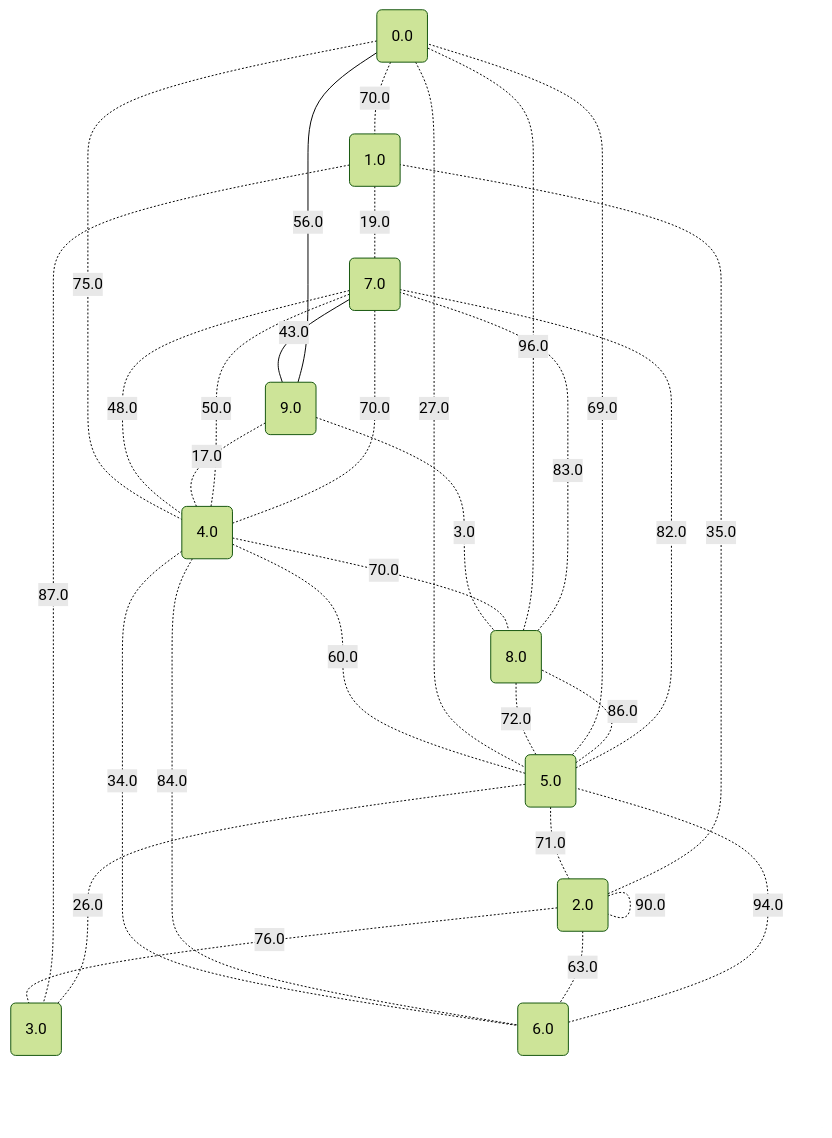
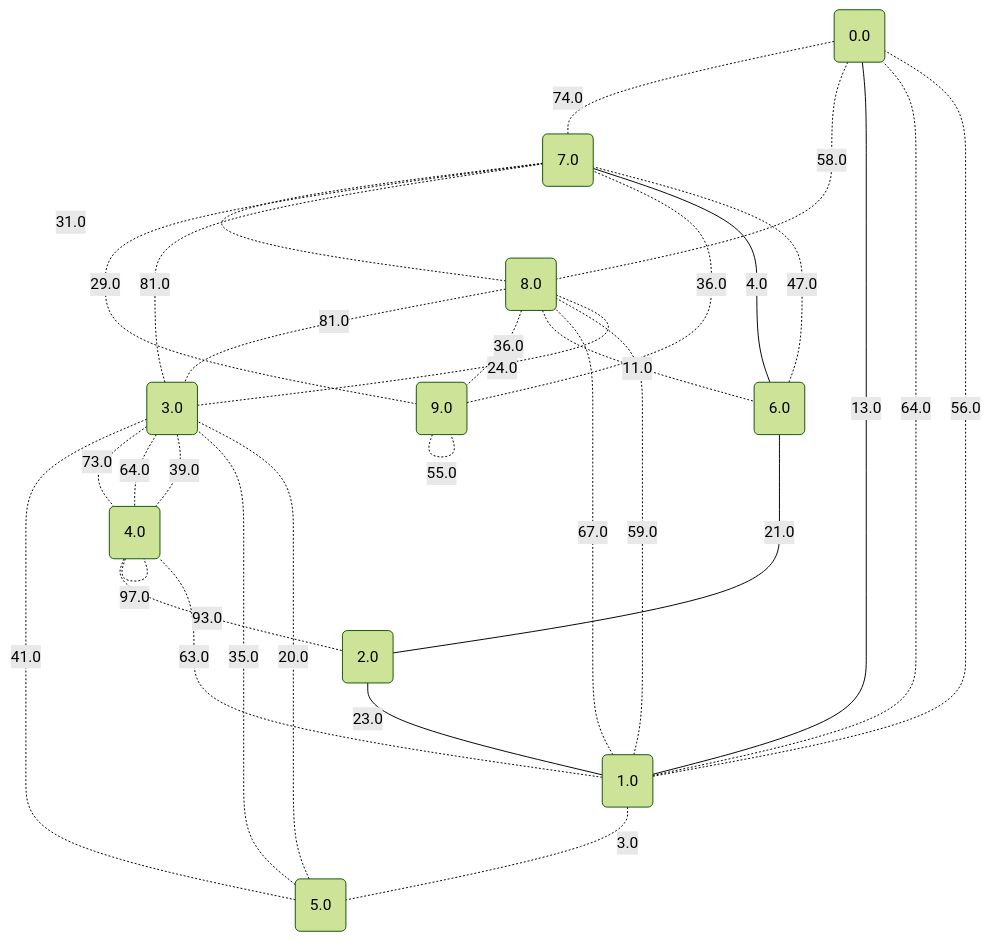
One commit to metury/graphs changed the ninth of 11 diagrams in project/src/testing/showcase/dijkstra.md. Above: the diagram before and after it, drawn with Mermaid (forest theme). The commit also changed other lines of this file and 33 other files, not shown here.

````diff
--- a/project/src/testing/showcase/dijkstra.md
+++ b/project/src/testing/showcase/dijkstra.md
@@ -375,43 +375,43 @@
 ```mermaid
 graph TD;
 	0("0.0");
 	1("1.0");
 	2("2.0");
 	3("3.0");
 	4("4.0");
 	5("5.0");
 	6("6.0");
 	7("7.0");
 	8("8.0");
 	9("9.0");
-	6 -. "94.0" -.- 5;
-	4 -. "34.0" -.- 6;
-	2 -. "76.0" -.- 3;
-	4 -. "84.0" -.- 6;
-	4 -. "50.0" -.- 7;
-	7 -- "43.0" --- 9;
-	4 -. "60.0" -.- 5;
-	0 -. "70.0" -.- 1;
-	0 -. "75.0" -.- 4;
-	5 -. "71.0" -.- 2;
-	2 -. "25.0" -.- 2;
-	1 -. "87.0" -.- 3;
-	2 -. "35.0" -.- 1;
-	9 -. "3.0" -.- 8;
-	8 -. "96.0" -.- 0;
-	4 -. "70.0" -.- 7;
-	2 -. "63.0" -.- 6;
-	8 -. "83.0" -.- 7;
-	5 -. "26.0" -.- 3;
-	7 -. "48.0" -.- 4;
-	1 -. "19.0" -.- 7;
-	0 -. "27.0" -.- 5;
-	8 -. "72.0" -.- 5;
-	9 -- "56.0" --- 0;
-	5 -. "69.0" -.- 0;
-	9 -. "17.0" -.- 4;
-	4 -. "70.0" -.- 8;
-	2 -. "90.0" -.- 2;
-	5 -. "86.0" -.- 8;
-	5 -. "82.0" -.- 7;
+	9 -. "55.0" -.- 9;
+	8 -. "81.0" -.- 3;
+	3 -. "81.0" -.- 7;
+	1 -. "3.0" -.- 5;
+	1 -- "13.0" --- 0;
+	3 -. "41.0" -.- 5;
+	0 -. "74.0" -.- 7;
+	5 -. "35.0" -.- 3;
+	3 -. "73.0" -.- 4;
+	3 -. "64.0" -.- 4;
+	7 -. "31.0" -.- 8;
+	7 -. "29.0" -.- 9;
+	6 -- "4.0" --- 7;
+	8 -. "36.0" -.- 9;
+	3 -. "39.0" -.- 4;
+	6 -- "21.0" --- 2;
+	9 -. "36.0" -.- 7;
+	2 -- "23.0" --- 1;
+	3 -. "24.0" -.- 8;
+	4 -. "97.0" -.- 4;
+	1 -. "63.0" -.- 4;
+	1 -. "64.0" -.- 0;
+	4 -. "93.0" -.- 2;
+	1 -. "56.0" -.- 0;
+	0 -. "58.0" -.- 8;
+	8 -. "11.0" -.- 6;
+	1 -. "59.0" -.- 8;
+	5 -. "20.0" -.- 3;
+	6 -. "47.0" -.- 7;
+	8 -. "67.0" -.- 1;
 ```
````
